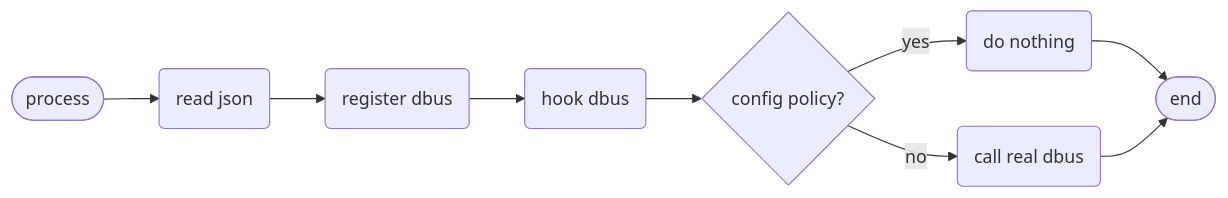
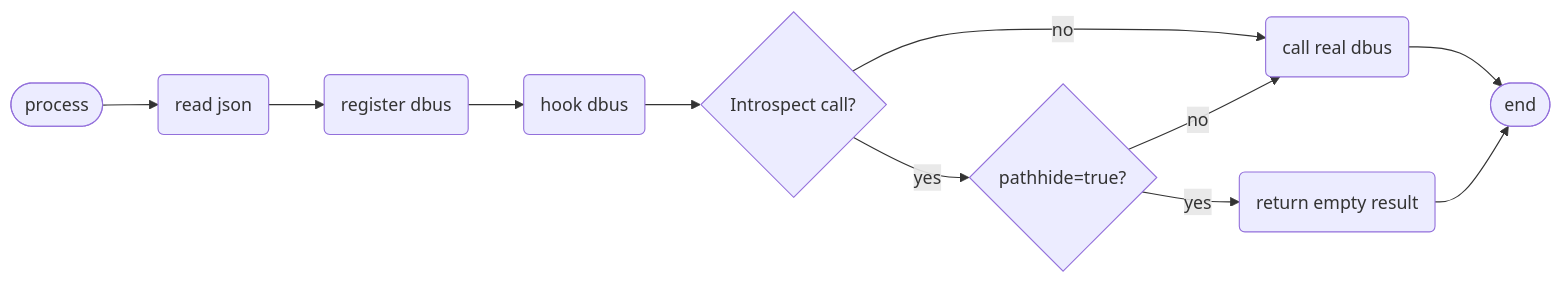
One commit to linuxdeepin/deepin-service-manager changed the second of 3 diagrams in develop-guide.md. Above: the diagram before and after it, drawn with Mermaid. The commit also changed other lines of this file and 7 other files, not shown here.

````diff
--- a/develop-guide.md
+++ b/develop-guide.md
@@ -41,11 +41,13 @@
 ```mermaid
 graph LR
 A([process]) --> B(read json)
 B --> C(register dbus)
 C --> D(hook dbus)
-D --> E{config policy?}
-E -->|yes| F(do nothing)
+D --> E{Introspect call?}
+E -->|yes| F{pathhide=true?}
 E -->|no| G("call real dbus")
-F --> H([end])
-G --> H
+F -->|yes| H(return empty result)
+F -->|no| G
+G --> I([end])
+H --> I
 ```
````
